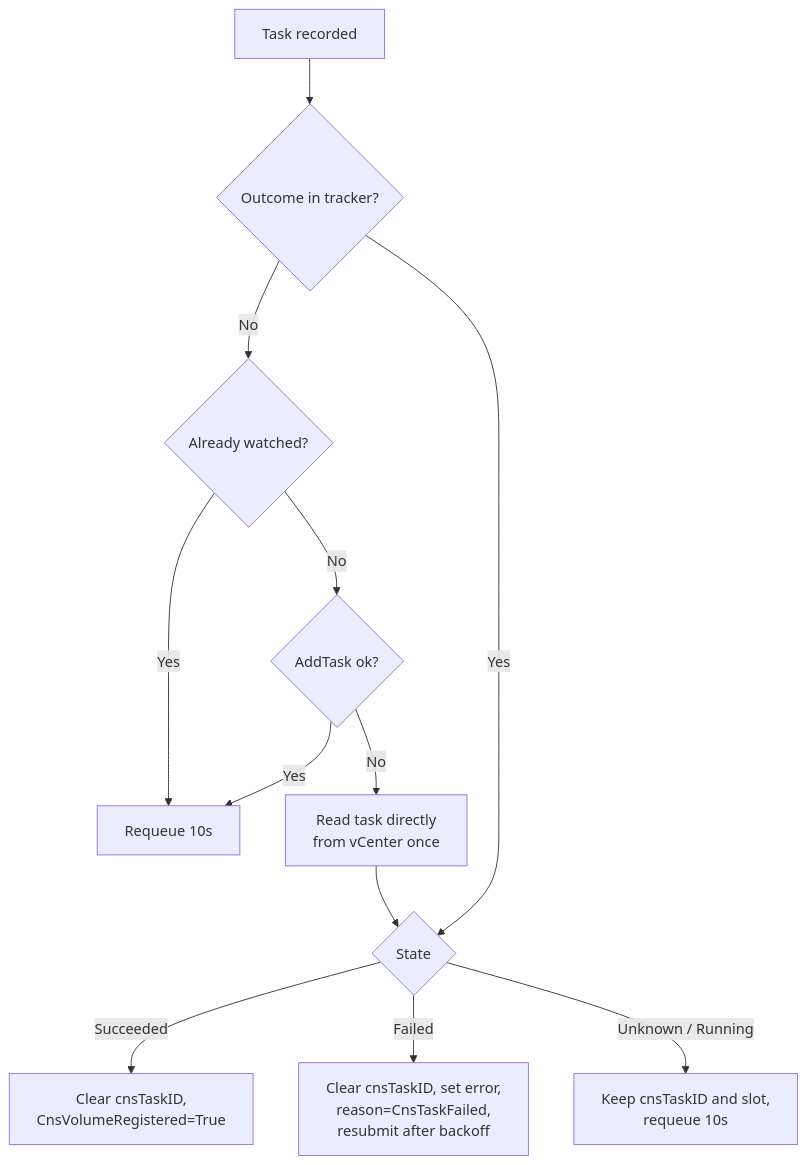
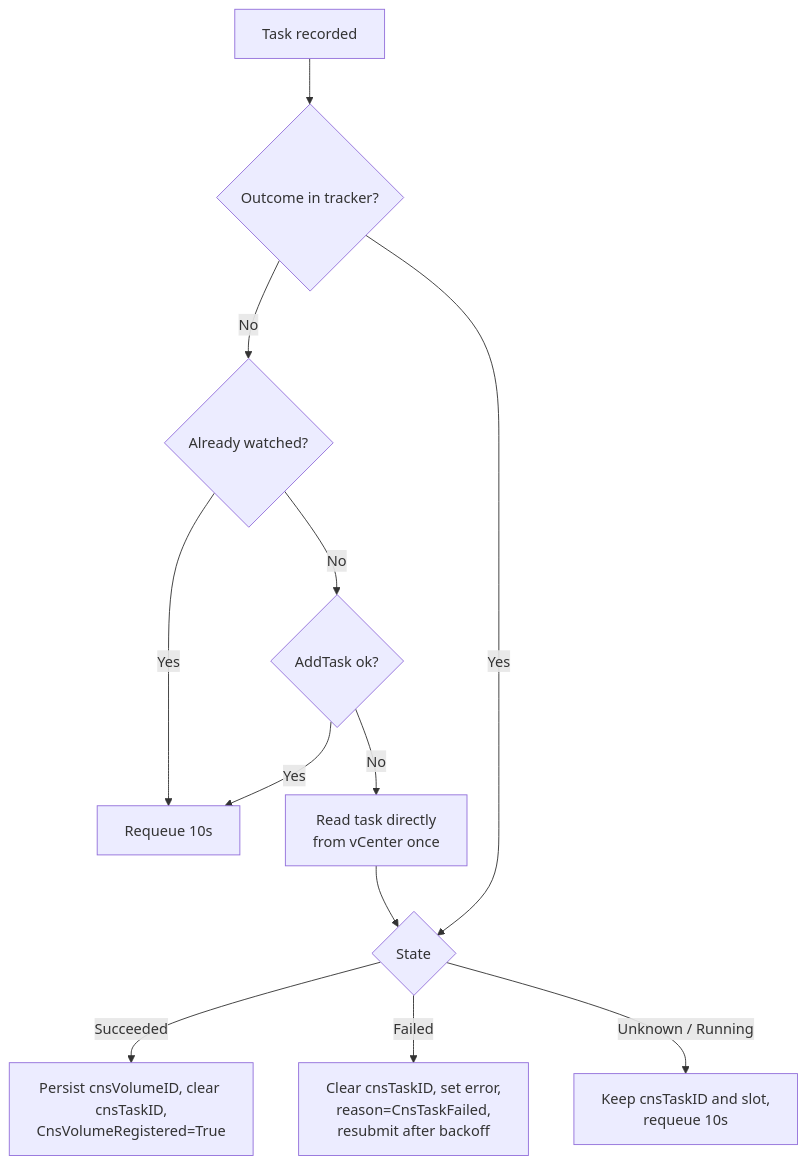
The sixth of 7 diagrams in spec/UBMCNS-2482/design.md (kubernetes-sigs/vsphere-csi-driver), drawn with Mermaid before and after one commit. The commit also changed other lines of this file and 10 other files, not shown here.

````diff
--- a/spec/UBMCNS-2482/design.md
+++ b/spec/UBMCNS-2482/design.md
@@ -511,14 +534,14 @@
 ```mermaid
 flowchart TD
     P["Task recorded"] --> O{"Outcome in tracker?"}
     O -->|No| W{"Already watched?"}
     W -->|Yes| RQ["Requeue 10s"]
     W -->|No| AT{"AddTask ok?"}
     AT -->|Yes| RQ
     AT -->|No| DIR["Read task directly<br/>from vCenter once"]
     O -->|Yes| ST{"State"}
     DIR --> ST
-    ST -->|Succeeded| OK["Clear cnsTaskID,<br/>CnsVolumeRegistered=True"]
+    ST -->|Succeeded| OK["Persist cnsVolumeID, clear cnsTaskID,<br/>CnsVolumeRegistered=True"]
     ST -->|Failed| F["Clear cnsTaskID, set error,<br/>reason=CnsTaskFailed,<br/>resubmit after backoff"]
     ST -->|"Unknown / Running"| U["Keep cnsTaskID and slot,<br/>requeue 10s"]
 ```
````
